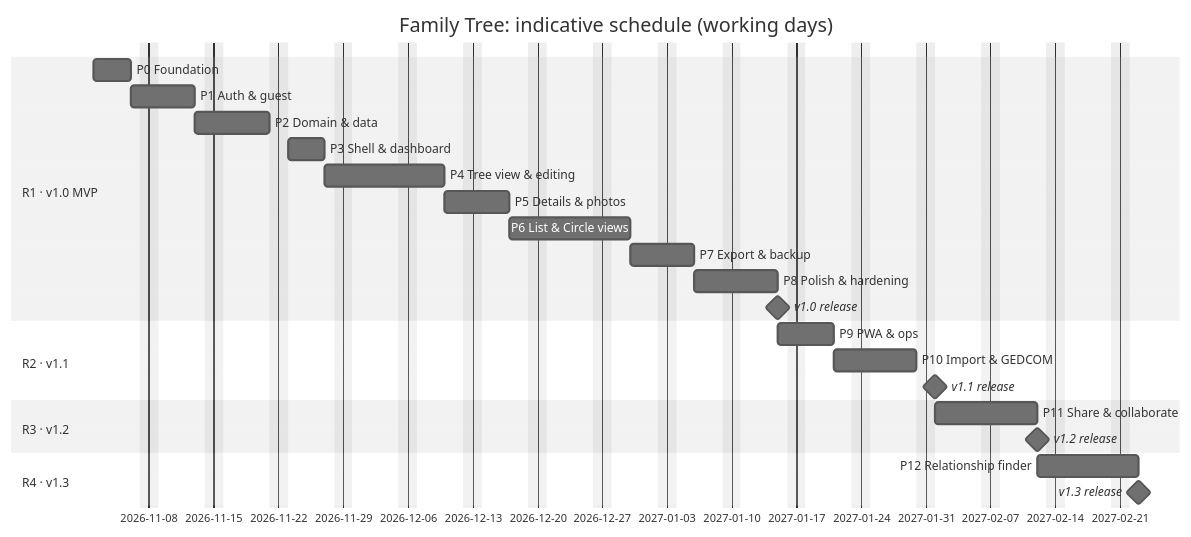
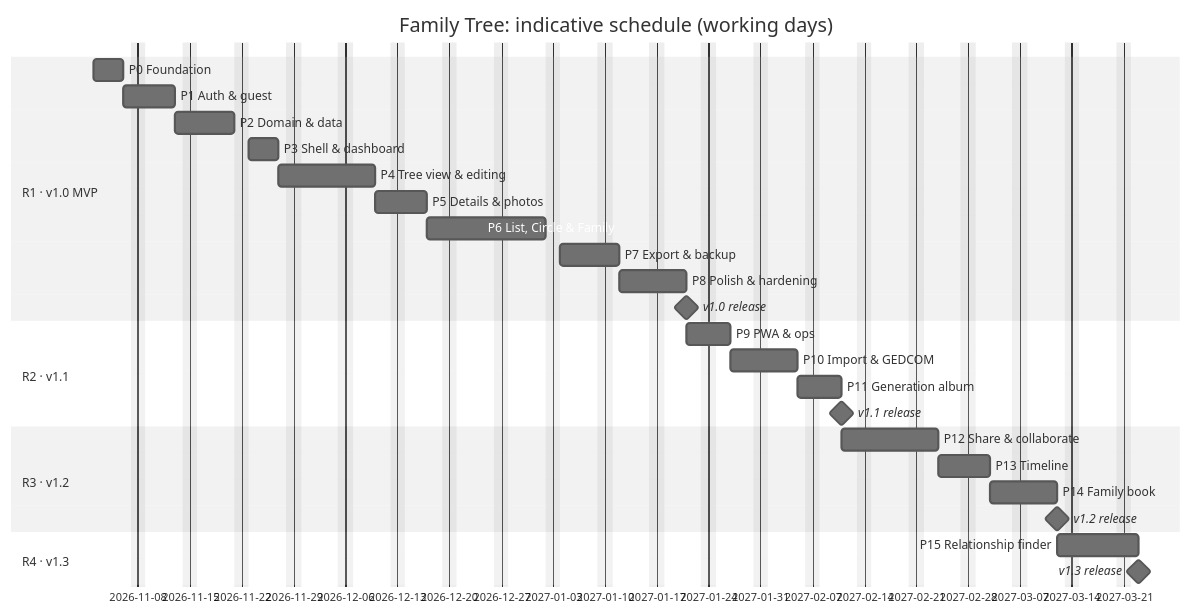
One commit to redwanhasan980/Family-Tree changed the diagram in docs/IMPLEMENTATION_PLAN.md. Above: the diagram before and after it, drawn with Mermaid (neutral theme). The commit also changed other lines of this file and 6 other files, not shown here.

First line of the commit message:
docs: add Family card, Generation album, Timeline and Family book

````diff
--- a/docs/IMPLEMENTATION_PLAN.md
+++ b/docs/IMPLEMENTATION_PLAN.md
@@ -69,27 +72,30 @@
 ```mermaid
 gantt
     title Family Tree: indicative schedule (working days)
     dateFormat  YYYY-MM-DD
     excludes    weekends
     section R1 · v1.0 MVP
     P0 Foundation            :p0, 2026-11-02, 4d
     P1 Auth & guest          :p1, after p0, 5d
     P2 Domain & data         :p2, after p1, 6d
     P3 Shell & dashboard     :p3, after p2, 4d
     P4 Tree view & editing   :p4, after p3, 9d
     P5 Details & photos      :p5, after p4, 5d
-    P6 List & Circle views   :p6, after p5, 9d
-    P7 Export & backup       :p7, after p6, 5d
+    P6 List, Circle & Family :p6, after p5, 12d
+    P7 Export & backup       :p7, after p6, 6d
     P8 Polish & hardening    :p8, after p7, 7d
     v1.0 release             :milestone, m1, after p8, 0d
     section R2 · v1.1
     P9 PWA & ops             :p9, after p8, 4d
     P10 Import & GEDCOM      :p10, after p9, 7d
-    v1.1 release             :milestone, m2, after p10, 0d
+    P11 Generation album     :p11, after p10, 4d
+    v1.1 release             :milestone, m2, after p11, 0d
     section R3 · v1.2
-    P11 Share & collaborate  :p11, after p10, 9d
-    v1.2 release             :milestone, m3, after p11, 0d
+    P12 Share & collaborate  :p12, after p11, 9d
+    P13 Timeline             :p13, after p12, 5d
+    P14 Family book          :p14, after p13, 7d
+    v1.2 release             :milestone, m3, after p14, 0d
     section R4 · v1.3
-    P12 Relationship finder  :p12, after p11, 7d
-    v1.3 release             :milestone, m4, after p12, 0d
+    P15 Relationship finder  :p15, after p14, 7d
+    v1.3 release             :milestone, m4, after p15, 0d
 ```
````
